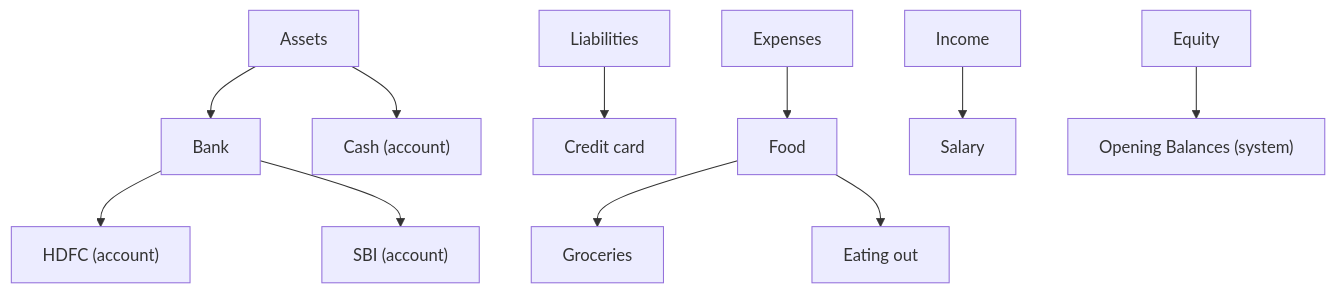
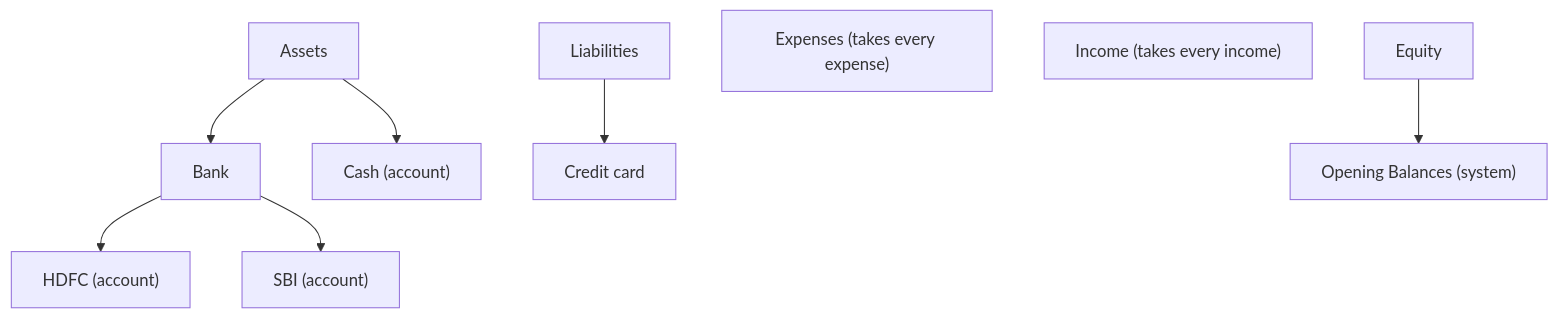
One commit to bijeshmohan/finode changed the first of 2 diagrams in docs/architecture/ledger.md. Above: the diagram before and after it, drawn with Mermaid. The commit also changed other lines of this file and 10 other files, not shown here.

Commit message:
Pure books: categories stand alone; Expenses and Income are the only accounts expenses and incomes post to

````diff
--- a/docs/architecture/ledger.md
+++ b/docs/architecture/ledger.md
@@ -9,13 +9,11 @@
 ```mermaid
 flowchart TD
     A[Assets] --> Bank[Bank]
     Bank --> HDFC["HDFC (account)"]
     Bank --> SBI["SBI (account)"]
     A --> Cash["Cash (account)"]
     L[Liabilities] --> Card["Credit card"]
-    E[Expenses] --> Food[Food]
-    Food --> Groc["Groceries"]
-    Food --> Eat["Eating out"]
-    I[Income] --> Sal[Salary]
+    E["Expenses (takes every expense)"]
+    I["Income (takes every income)"]
     Eq[Equity] --> OB["Opening Balances (system)"]
 ```
````
